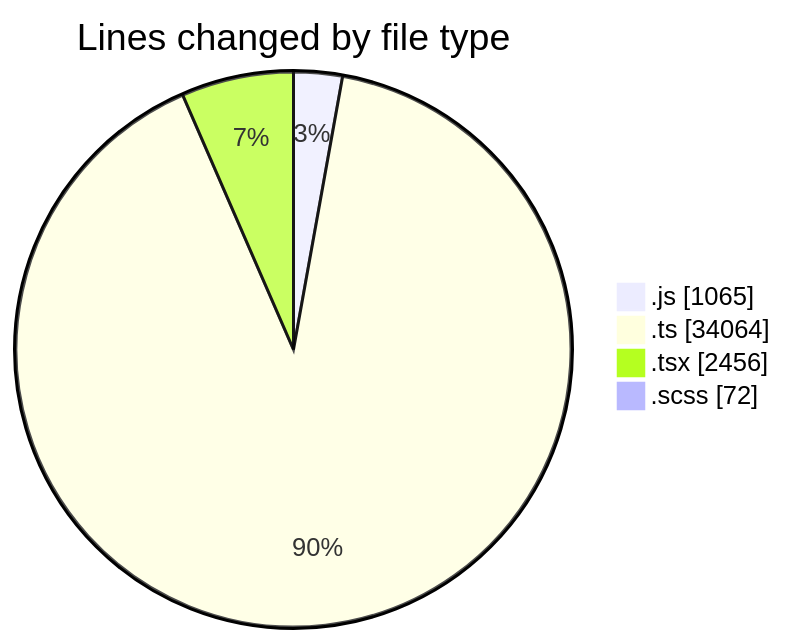
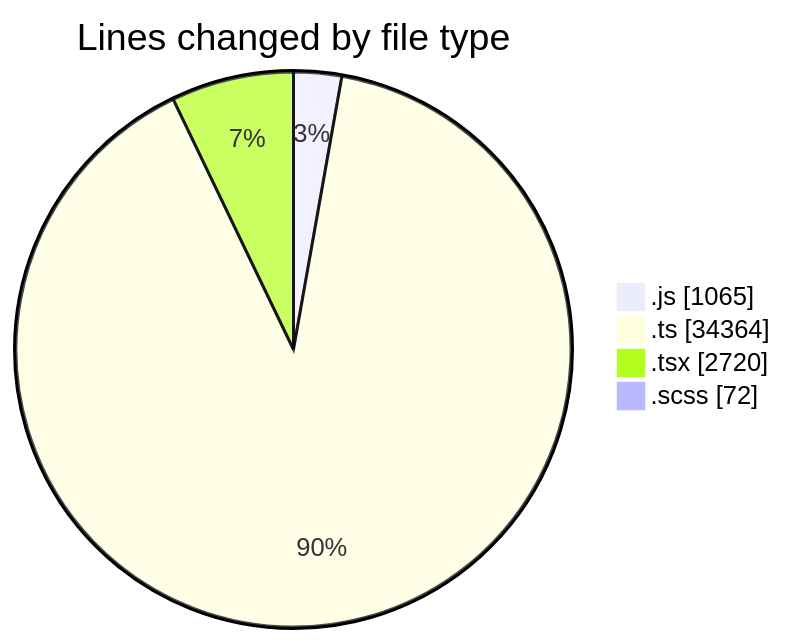
The first of 2 diagrams in 2026-10-06/cda/README.md (momahboobian/code-tracking), drawn with Mermaid before and after one commit. The commit also changed other lines of this file and 1 other file, not shown here.

````diff
--- a/2026-10-06/cda/README.md
+++ b/2026-10-06/cda/README.md
@@ -52,8 +53,8 @@
 ```mermaid
 pie showData
 title Lines changed by file type
 ".js" : 1065
-".ts" : 34064
-".tsx" : 2456
+".ts" : 34364
+".tsx" : 2720
 ".scss" : 72
 ```
````
